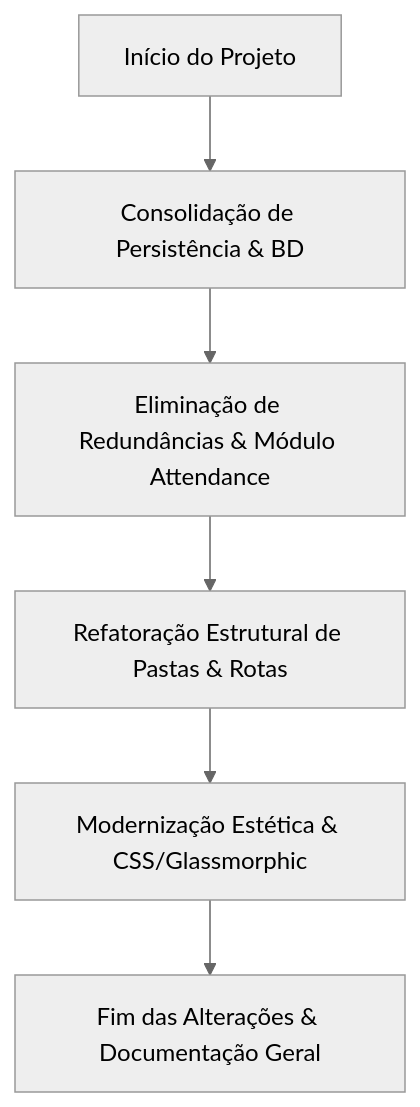
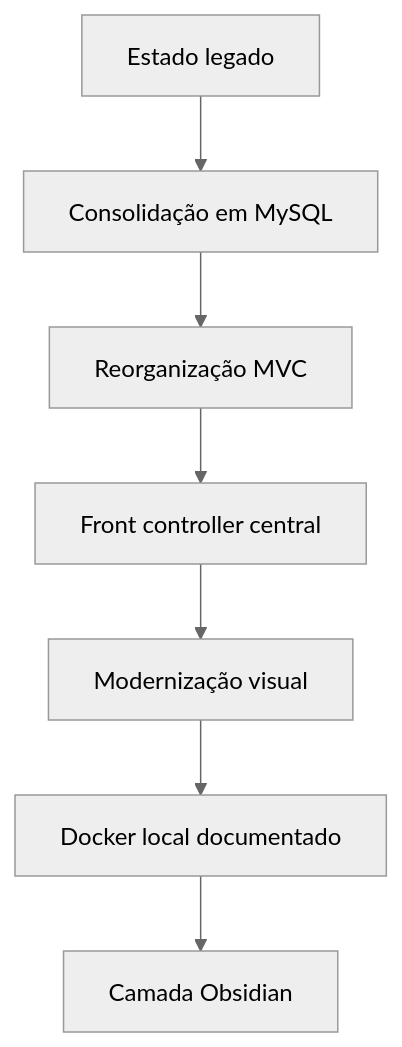
Before and after one commit to CriancaFeliz/CRUD_CriancaFeliz: the diagram in docs/RELACAO_GERAL_DE_ALTERACOES.md, drawn with Mermaid (neutral theme). The commit also changed other lines of this file and 14 other files, not shown here.

Commit message:
docs: add Docker setup and Obsidian workflow

````diff
--- a/docs/RELACAO_GERAL_DE_ALTERACOES.md
+++ b/docs/RELACAO_GERAL_DE_ALTERACOES.md
@@ -9,8 +7,9 @@
 ```mermaid
 graph TD
-    A[Início do Projeto] --> B[Consolidação de Persistência & BD]
-    B --> C[Eliminação de Redundâncias & Módulo Attendance]
-    C --> D[Refatoração Estrutural de Pastas & Rotas]
-    D --> E[Modernização Estética & CSS/Glassmorphic]
-    E --> F[Fim das Alterações & Documentação Geral]
+    A["Estado legado"] --> B["Consolidação em MySQL"]
+    B --> C["Reorganização MVC"]
+    C --> D["Front controller central"]
+    D --> E["Modernização visual"]
+    E --> F["Docker local documentado"]
+    F --> G["Camada Obsidian"]
 ```
````
